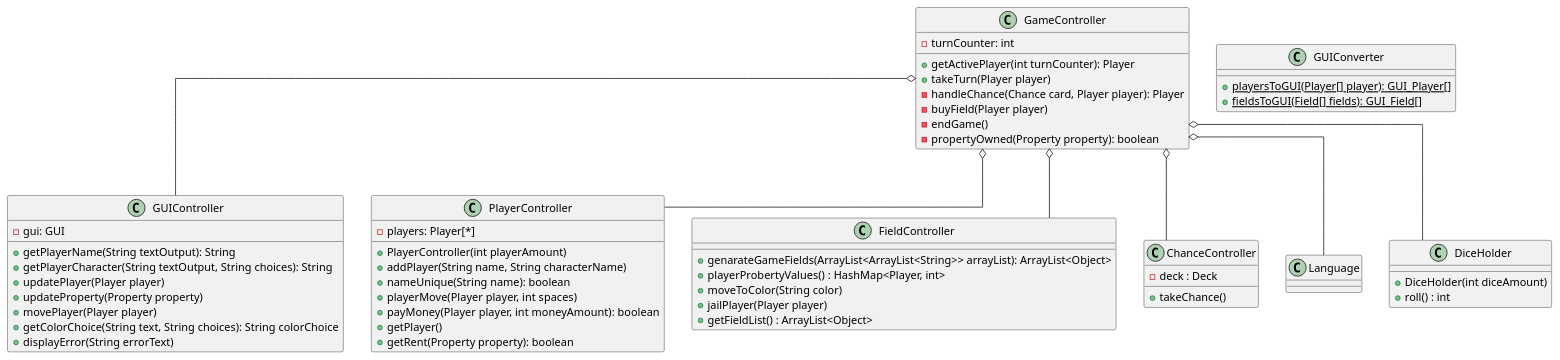
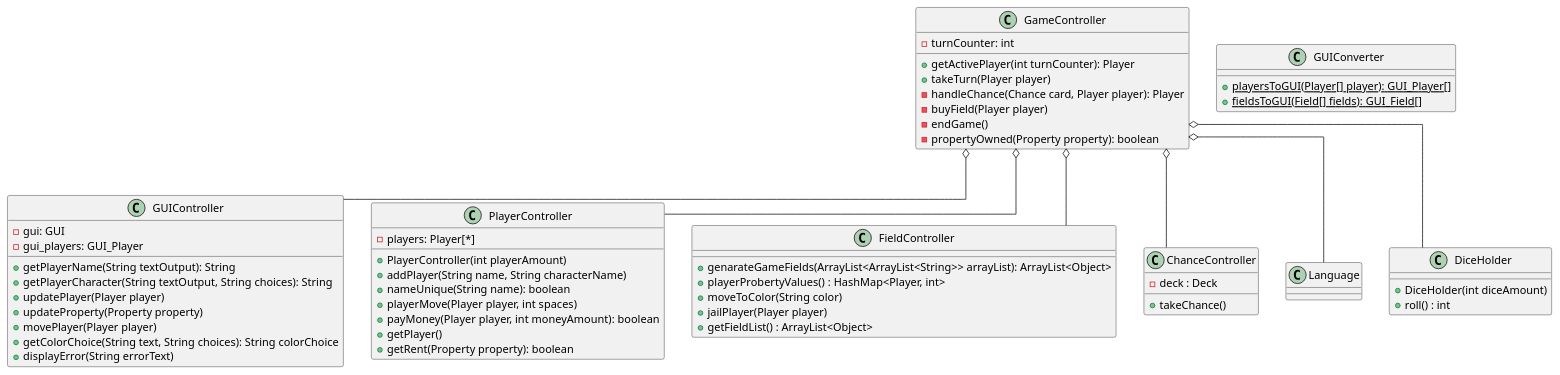
The diagram in src/main/resources/ControllerDiagram.puml (Gruppe-10-DTU/CDIO-FINAL), drawn with PlantUML before and after one commit. The commit also changed 1 other file, not shown here.

Commit message:
Add method to update player on the board. Updated Controller diagram to reflect it.

```diff
--- a/src/main/resources/ControllerDiagram.puml
+++ b/src/main/resources/ControllerDiagram.puml
@@ -1,69 +1,70 @@
 @startuml
 skinparam linetype polyline
 skinparam linetype ortho
 
 Class GUIController{
  - gui: GUI
+ - gui_players: GUI_Player
  + getPlayerName(String textOutput): String
  + getPlayerCharacter(String textOutput, String choices): String
  + updatePlayer(Player player)
  + updateProperty(Property property)
  + movePlayer(Player player)
  + getColorChoice(String text, String choices): String colorChoice
  + displayError(String errorText)
 }
 Class GUIConverter{
  {static} + playersToGUI(Player[] player): GUI_Player[]
  {static} + fieldsToGUI(Field[] fields): GUI_Field[]
 }
 Class GameController{
  - turnCounter: int
  + getActivePlayer(int turnCounter): Player
  + takeTurn(Player player)
  - handleChance(Chance card, Player player): Player
  - buyField(Player player)
  - endGame()
  - propertyOwned(Property property): boolean
 }
 
 Class PlayerController{
  - players: Player[*]
  + PlayerController(int playerAmount)
  + addPlayer(String name, String characterName)
  + nameUnique(String name): boolean
  + playerMove(Player player, int spaces)
  + payMoney(Player player, int moneyAmount): boolean
  + getPlayer()
  + getRent(Property property): boolean
 }
 
 Class FieldController{
  + genarateGameFields(ArrayList<ArrayList<String>> arrayList): ArrayList<Object>
  + playerProbertyValues() : HashMap<Player, int>
  + moveToColor(String color)
  + jailPlayer(Player player)
  + getFieldList() : ArrayList<Object>
 }
 
 Class ChanceController{
  - deck : Deck
  + takeChance()
 }
 
 Class Language{
 
 }
 
 Class DiceHolder{
  + DiceHolder(int diceAmount)
  + roll() : int
 }
 
 GameController o-- GUIController
 GameController o-- PlayerController
 GameController o-- FieldController
 GameController o-- ChanceController
 GameController o-- DiceHolder
 GameController o-- Language
 
 @enduml
```
